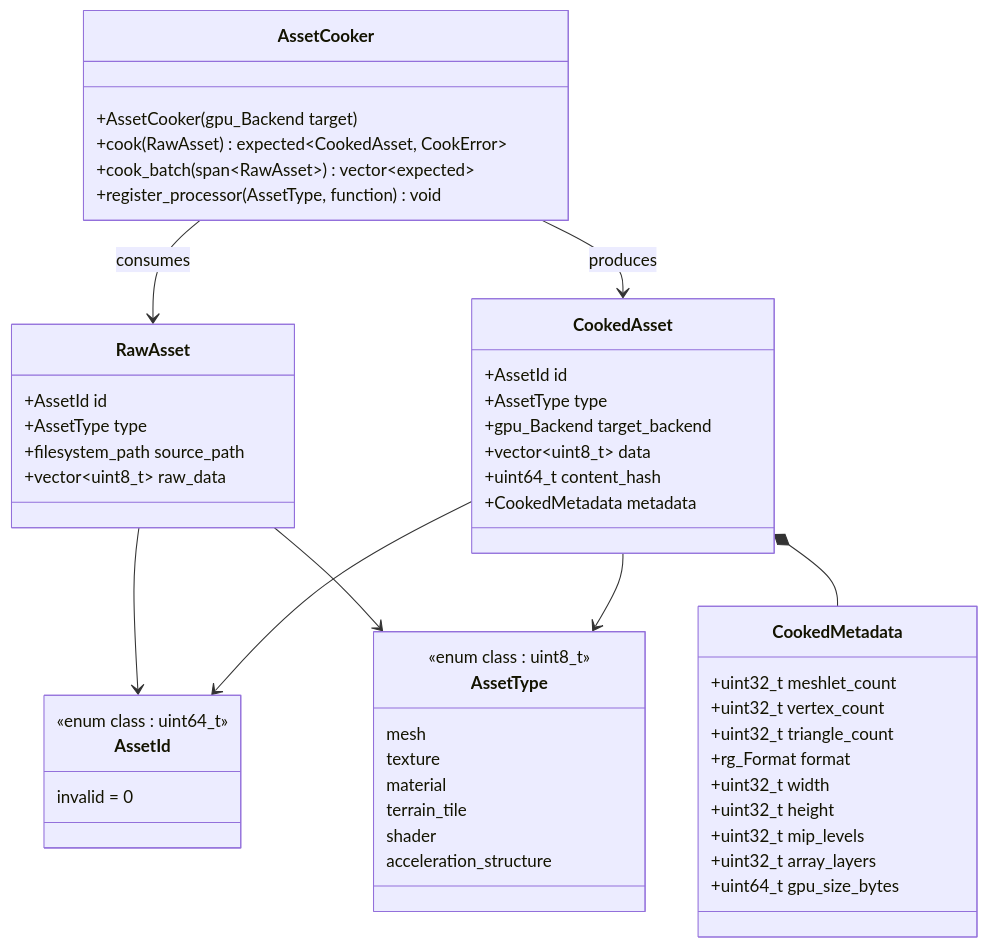
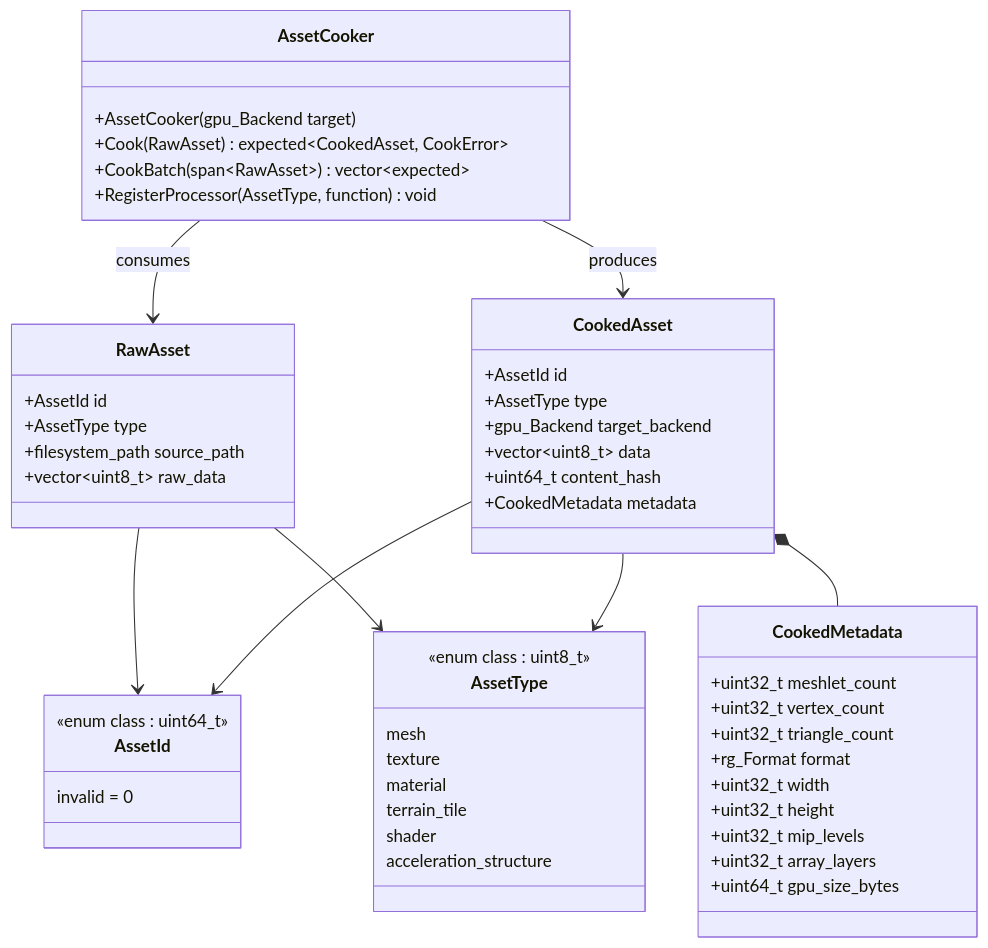
Before and after one commit to harmonius-dev/harmonius: the first of 12 diagrams in docs/design/asset-pipeline-classes.md, drawn with Mermaid. The commit also changed other lines of this file and 67 other files, not shown here.

````diff
--- a/docs/design/asset-pipeline-classes.md
+++ b/docs/design/asset-pipeline-classes.md
@@ -34,55 +34,55 @@
 ```mermaid
 classDiagram
     class AssetId {
         <<enum class : uint64_t>>
         invalid = 0
     }
     class AssetType {
         <<enum class : uint8_t>>
         mesh
         texture
         material
         terrain_tile
         shader
         acceleration_structure
     }
     class RawAsset {
         +AssetId id
         +AssetType type
         +filesystem_path source_path
         +vector~uint8_t~ raw_data
     }
     class CookedAsset {
         +AssetId id
         +AssetType type
         +gpu_Backend target_backend
         +vector~uint8_t~ data
         +uint64_t content_hash
         +CookedMetadata metadata
     }
     class CookedMetadata {
         +uint32_t meshlet_count
         +uint32_t vertex_count
         +uint32_t triangle_count
         +rg_Format format
         +uint32_t width
         +uint32_t height
         +uint32_t mip_levels
         +uint32_t array_layers
         +uint64_t gpu_size_bytes
     }
     class AssetCooker {
         +AssetCooker(gpu_Backend target)
-        +cook(RawAsset) expected~CookedAsset, CookError~
-        +cook_batch(span~RawAsset~) vector~expected~
-        +register_processor(AssetType, function) void
+        +Cook(RawAsset) expected~CookedAsset, CookError~
+        +CookBatch(span~RawAsset~) vector~expected~
+        +RegisterProcessor(AssetType, function) void
     }
 
     RawAsset --> AssetId
     RawAsset --> AssetType
     CookedAsset --> AssetId
     CookedAsset --> AssetType
     CookedAsset *-- CookedMetadata
     AssetCooker --> RawAsset : consumes
     AssetCooker --> CookedAsset : produces
 ```
````
